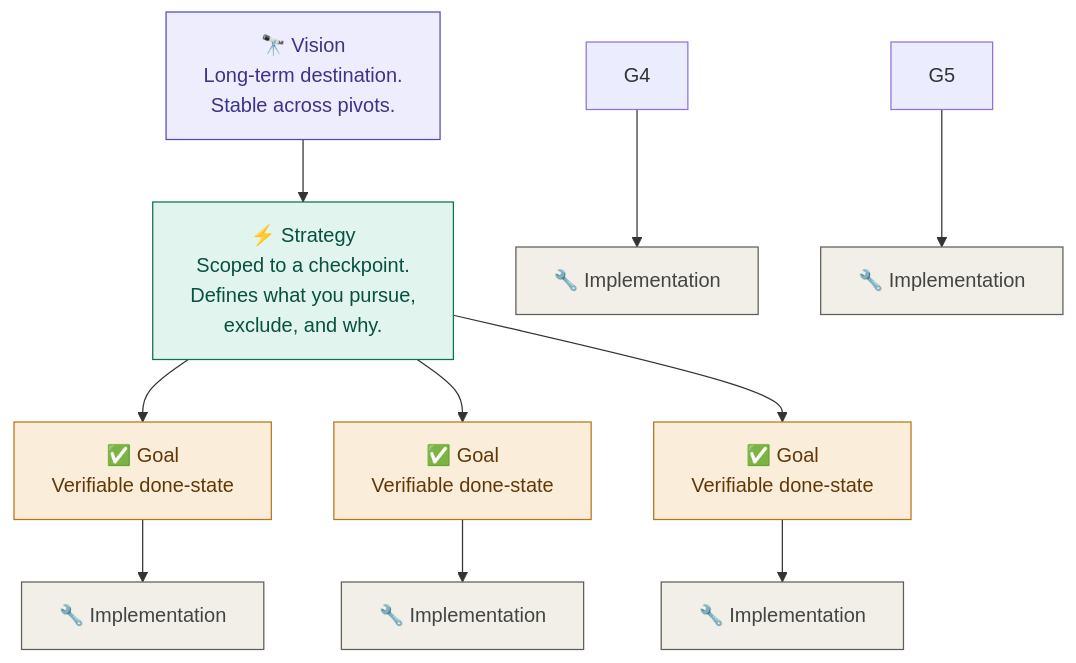
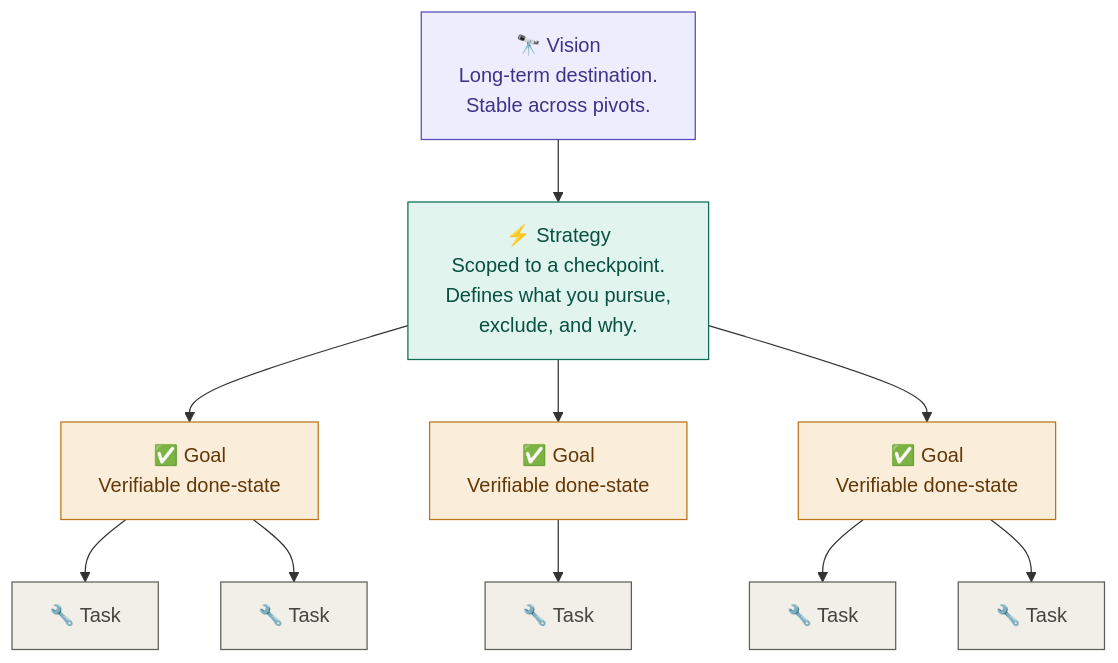
The first of 3 diagrams in README.md (Florque/florque-workgraph), drawn with Mermaid before and after one commit.

Commit message:
Refactor goals and tasks in README.md

````diff
--- a/README.md
+++ b/README.md
@@ -17,39 +17,37 @@
 ```mermaid
 flowchart TD
     V["🔭 Vision\nLong-term destination.\nStable across pivots."]
 
     V --> S
 
     S["⚡ Strategy\nScoped to a checkpoint.\nDefines what you pursue,\nexclude, and why."]
 
     S --> G1 & G2 & G3
 
     G1["✅ Goal \nVerifiable done-state"]
     G2["✅ Goal \nVerifiable done-state"]
     G3["✅ Goal \nVerifiable done-state"]
 
-    G1 --> T1
-    G2 --> T2
-    G3 --> T3
-    G4 --> T4
-    G5 --> T5
+    G1 --> T1 & T2
+    G2 --> T3
+    G3 --> T4 & T5
 
-    T1["🔧 Implementation"]
-    T2["🔧 Implementation"]
-    T3["🔧 Implementation"]
-    T4["🔧 Implementation"]
-    T5["🔧 Implementation"]
+    T1["🔧 Task"]
+    T2["🔧 Task"]
+    T3["🔧 Task"]
+    T4["🔧 Task"]
+    T5["🔧 Task"]
 
     %% Styling
     classDef vision   fill:#EEEDFE,stroke:#534AB7,color:#3C3489
     classDef strategy fill:#E1F5EE,stroke:#0F6E56,color:#085041
     classDef goal     fill:#FAEEDA,stroke:#BA7517,color:#633806
     classDef task     fill:#F1EFE8,stroke:#5F5E5A,color:#444441
     classDef note     fill:#ffffff,stroke:#D3D1C7,color:#5F5E5A,font-size:12px
 
     class V vision
     class S strategy
     class G1,G2,G3 goal
     class T1,T2,T3,T4,T5 task
     class VNOTE,SNOTE,GNOTE,TNOTE note
 ```
````
